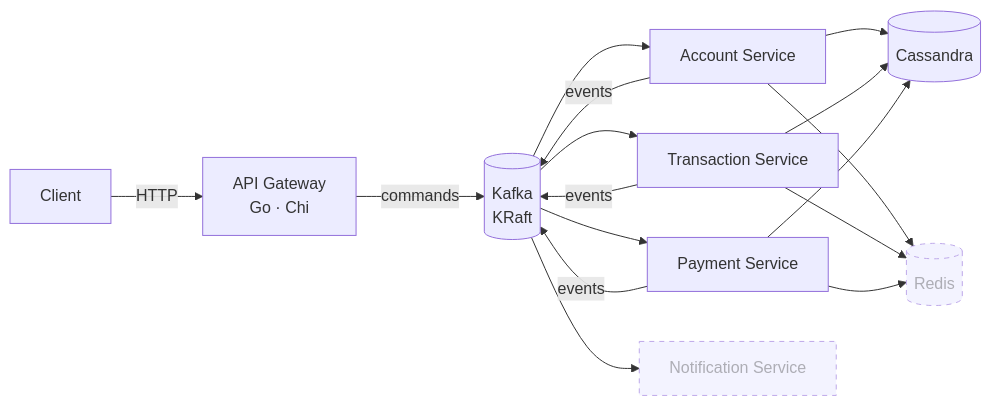
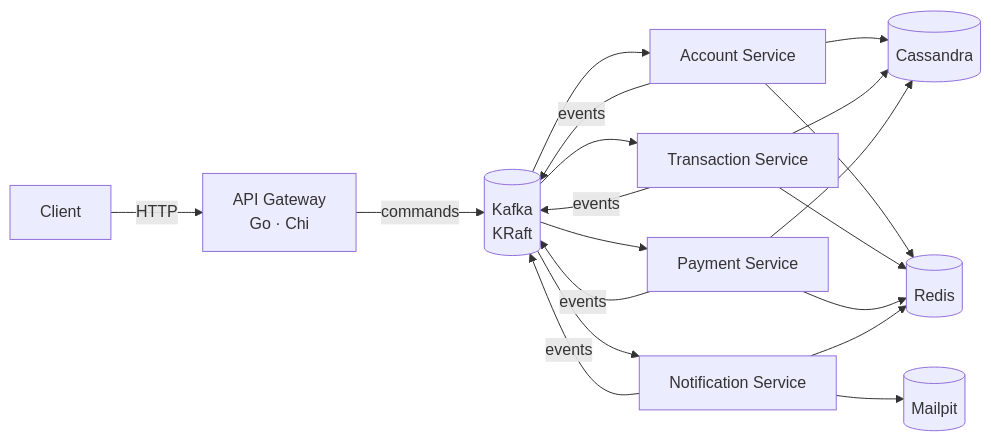
The diagram in README.md (GabeSilvaDev/fintech-bank-platform), drawn with Mermaid before and after one commit. The commit also changed other lines of this file and 2 other files, not shown here.

````diff
--- a/README.md
+++ b/README.md
@@ -24,15 +24,13 @@
 ```mermaid
 flowchart LR
     C[Client] -->|HTTP| GW[API Gateway<br/>Go · Chi]
     GW -->|commands| K[(Kafka<br/>KRaft)]
     K --> A[Account Service]
     K --> T[Transaction Service]
     K --> P[Payment Service]
     K --> N[Notification Service]
     A & T & P --> CS[(Cassandra)]
-    A & T & P --> R[(Redis)]
-    A & T & P -->|events| K
-
-    classDef planned stroke-dasharray: 5 5,opacity:0.6
-    class N,R planned
+    A & T & P & N --> R[(Redis)]
+    N --> MP[(Mailpit)]
+    A & T & P & N -->|events| K
 ```
````
